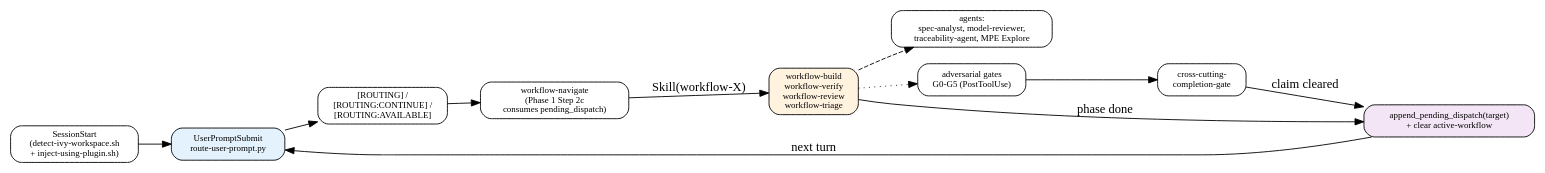
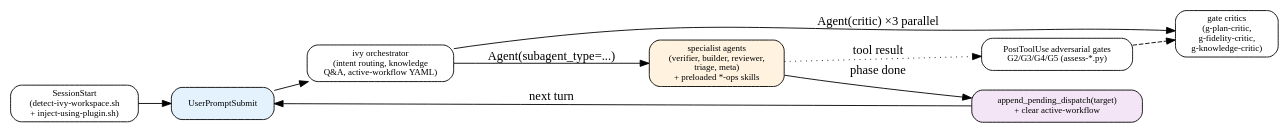
One commit to ElNiak/panther-ivy-plugin changed the diagram in plugins/panther-ivy-plugin/skills/README.md. Above: the diagram before and after it, drawn with Graphviz. The commit also changed other lines of this file, not shown here.

Commit message:
chore(plugin): rewrite skills/README.md for orchestrator + 5-agent architecture (Phase F.2 ref-cleanup 1/7)

````diff
--- a/plugins/panther-ivy-plugin/skills/README.md
+++ b/plugins/panther-ivy-plugin/skills/README.md
@@ -16,26 +17,25 @@
 ```dot
 digraph plugin_runtime {
   rankdir=LR;
   node [shape=box, style=rounded, fontsize=10];
 
   start    [label="SessionStart\n(detect-ivy-workspace.sh\n+ inject-using-plugin.sh)"];
-  prompt   [label="UserPromptSubmit\nroute-user-prompt.py", style="rounded,filled", fillcolor="#e3f2fd"];
-  routing  [label="[ROUTING] /\n[ROUTING:CONTINUE] /\n[ROUTING:AVAILABLE]"];
-  navigate [label="workflow-navigate\n(Phase 1 Step 2c\nconsumes pending_dispatch)"];
-  workflows[label="workflow-build\nworkflow-verify\nworkflow-review\nworkflow-triage", style="rounded,filled", fillcolor="#fff3e0"];
-  agents   [label="agents:\nspec-analyst, model-reviewer,\ntraceability-agent, MPE Explore"];
-  gates    [label="adversarial gates\nG0-G5 (PostToolUse)"];
-  handoff  [label="append_pending_dispatch(target)\n+ clear active-workflow", style="rounded,filled", fillcolor="#f3e5f5"];
-  gate     [label="cross-cutting-\ncompletion-gate"];
+  prompt   [label="UserPromptSubmit", style="rounded,filled", fillcolor="#e3f2fd"];
+  ivy      [label="ivy orchestrator\n(intent routing, knowledge\nQ&A, active-workflow YAML)"];
+  agents   [label="specialist agents\n(verifier, builder, reviewer,\ntriage, meta)\n+ preloaded *-ops skills",
+            style="rounded,filled", fillcolor="#fff3e0"];
+  critics  [label="gate critics\n(g-plan-critic,\ng-fidelity-critic,\ng-knowledge-critic)"];
+  hooks    [label="PostToolUse adversarial gates\nG2/G3/G4/G5 (assess-*.py)"];
+  handoff  [label="append_pending_dispatch(target)\n+ clear active-workflow",
+            style="rounded,filled", fillcolor="#f3e5f5"];
 
   start    -> prompt;
-  prompt   -> routing -> navigate;
-  navigate -> workflows [label="Skill(workflow-X)"];
-  workflows-> agents   [style=dashed];
-  workflows-> gates    [style=dotted];
-  workflows-> handoff  [label="phase done"];
-  gates    -> gate;
-  gate     -> handoff  [label="claim cleared"];
-  handoff  -> prompt   [label="next turn"];
+  prompt   -> ivy;
+  ivy      -> agents  [label="Agent(subagent_type=...)"];
+  ivy      -> critics [label="Agent(critic) ×3 parallel"];
+  agents   -> hooks   [style=dotted, label="tool result"];
+  hooks    -> critics [style=dashed];
+  agents   -> handoff [label="phase done"];
+  handoff  -> prompt  [label="next turn"];
 }
 ```
````
